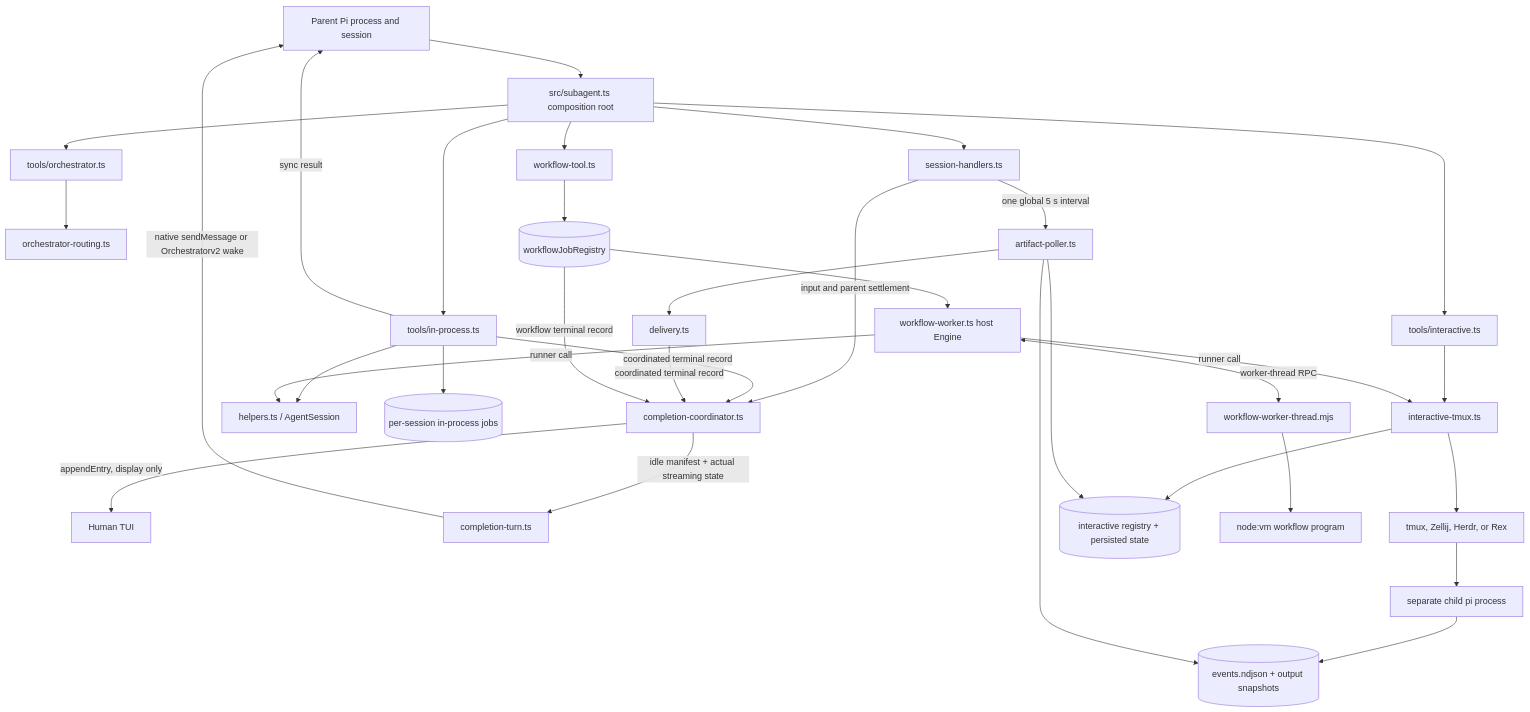
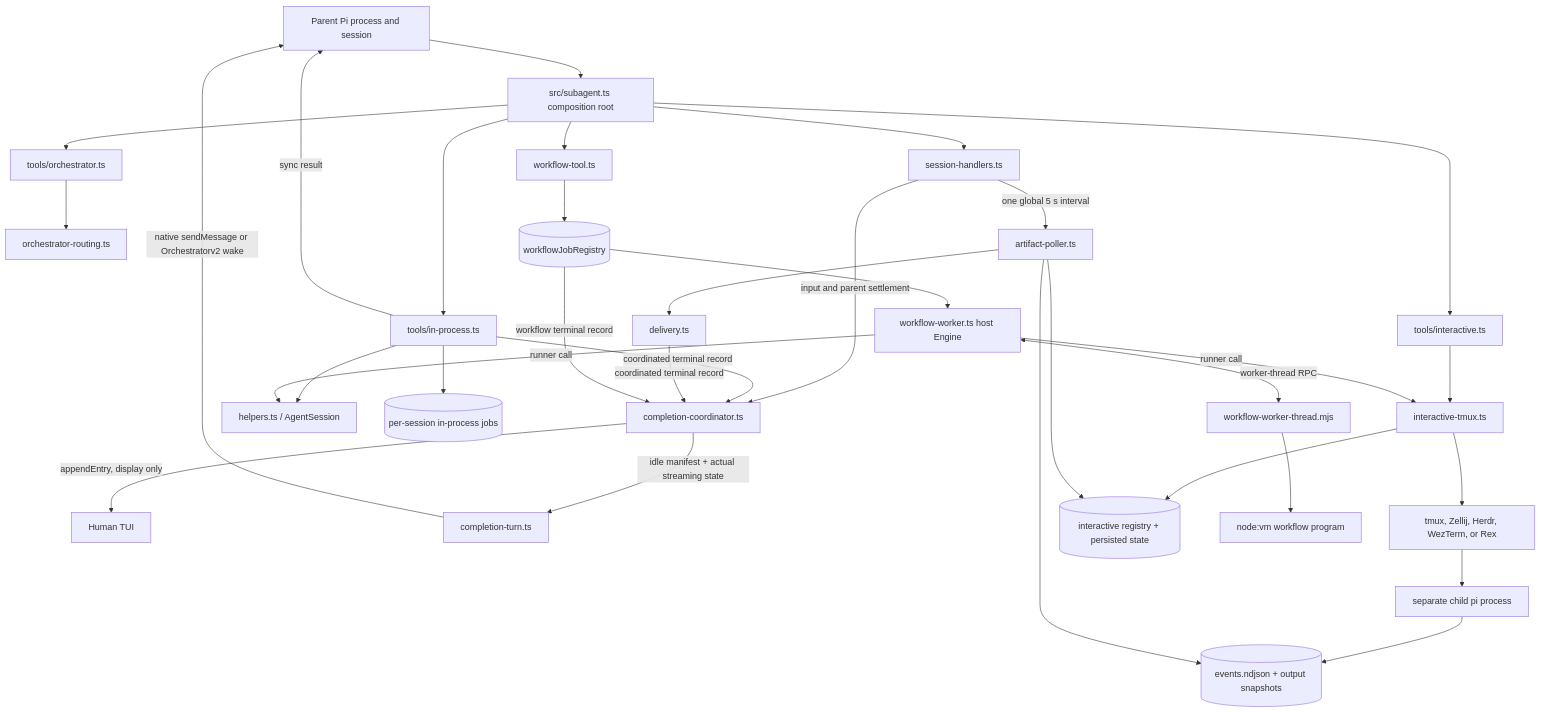
The first of 8 diagrams in architecture.md (lmn451/pi-subagentura), drawn with Mermaid before and after one commit. The commit also changed other lines of this file and 3 other files, not shown here.

Commit message:
no-mistakes(document): Document WezTerm support and pass formatting/type checks

````diff
--- a/architecture.md
+++ b/architecture.md
@@ -32,67 +32,67 @@
 ```mermaid
 flowchart TB
   Parent[Parent Pi process and session]
   Human[Human TUI]
   Root[src/subagent.ts composition root]
   Session[session-handlers.ts]
   Coordinator[completion-coordinator.ts]
   Turn[completion-turn.ts]
   RouteTools[tools/orchestrator.ts]
   Routing[orchestrator-routing.ts]
 
   InTools[tools/in-process.ts]
   InKernel[helpers.ts / AgentSession]
   InJobs[(per-session in-process jobs)]
 
   IntTools[tools/interactive.ts]
   IntKernel[interactive-tmux.ts]
-  Mux[tmux, Zellij, Herdr, or Rex]
+  Mux[tmux, Zellij, Herdr, WezTerm, or Rex]
   Child[separate child pi process]
   Artifacts[(events.ndjson + output snapshots)]
   IntJobs[(interactive registry + persisted state)]
   Poller[artifact-poller.ts]
   Delivery[delivery.ts]
 
   WfTools[workflow-tool.ts]
   WfJobs[(workflowJobRegistry)]
   Host[workflow-worker.ts host Engine]
   Worker[workflow-worker-thread.mjs]
   VM[node:vm workflow program]
 
   Parent --> Root
   Root --> Session
   Root --> InTools
   Root --> IntTools
   Root --> WfTools
   Root --> RouteTools
   RouteTools --> Routing
   Session -->|input and parent settlement| Coordinator
 
   InTools --> InKernel
   InTools --> InJobs
   InTools -->|coordinated terminal record| Coordinator
   InTools -->|sync result| Parent
 
   IntTools --> IntKernel
   IntKernel --> Mux
   Mux --> Child
   Child --> Artifacts
   IntKernel --> IntJobs
   Session -->|one global 5 s interval| Poller
   Poller --> Artifacts
   Poller --> IntJobs
   Poller --> Delivery
   Delivery -->|coordinated terminal record| Coordinator
 
   WfTools --> WfJobs
   WfJobs --> Host
   Host <-->|worker-thread RPC| Worker
   Worker --> VM
   Host -->|runner call| InKernel
   Host -->|runner call| IntKernel
   WfJobs -->|workflow terminal record| Coordinator
 
   Coordinator -->|appendEntry, display only| Human
   Coordinator -->|idle manifest + actual streaming state| Turn
   Turn -->|native sendMessage or Orchestratorv2 wake| Parent
 ```
````
